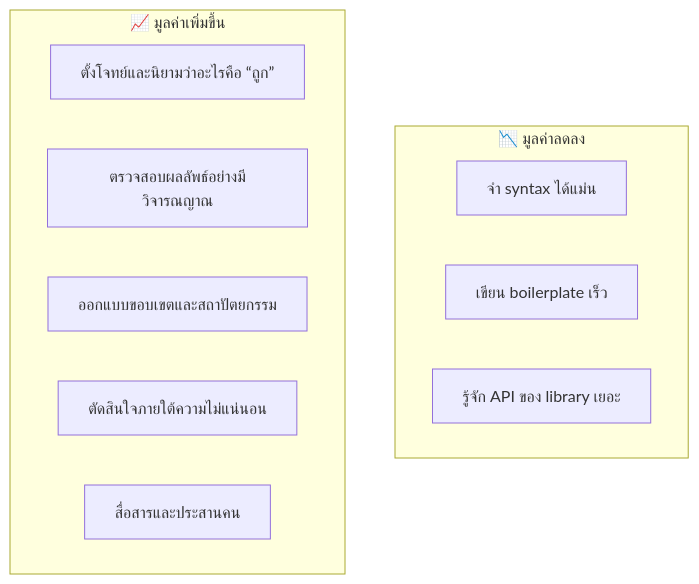
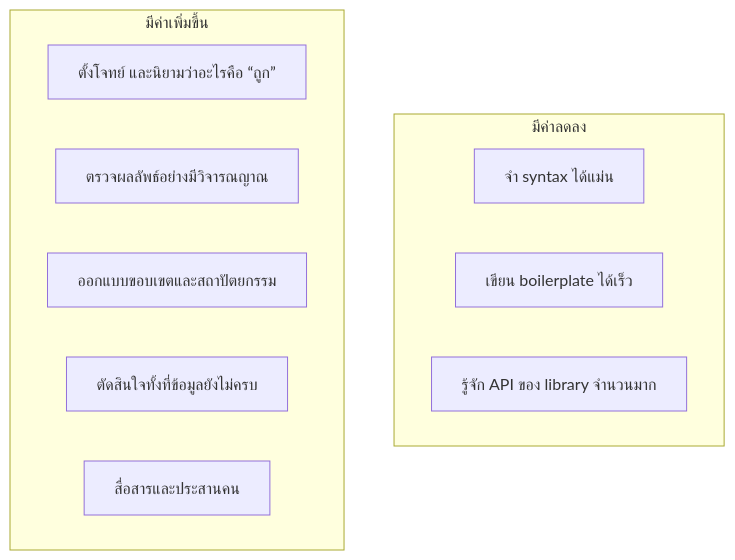
One commit to CE-SDPX/SDPX-AI changed the seventh of 8 diagrams in readings/06-senior-software-engineer.md. Above: the diagram before and after it, drawn with Mermaid. The commit also changed other lines of this file and 6 other files, not shown here.

````diff
--- a/readings/06-senior-software-engineer.md
+++ b/readings/06-senior-software-engineer.md
@@ -299,15 +280,15 @@
 ```mermaid
 flowchart TB
-    subgraph down["📉 มูลค่าลดลง"]
+    subgraph down["มีค่าลดลง"]
         D1["จำ syntax ได้แม่น"]
-        D2["เขียน boilerplate เร็ว"]
-        D3["รู้จัก API ของ library เยอะ"]
+        D2["เขียน boilerplate ได้เร็ว"]
+        D3["รู้จัก API ของ library จำนวนมาก"]
     end
-    subgraph up["📈 มูลค่าเพิ่มขึ้น"]
-        U1["ตั้งโจทย์และนิยามว่าอะไรคือ “ถูก”"]
-        U2["ตรวจสอบผลลัพธ์อย่างมีวิจารณญาณ"]
+    subgraph up["มีค่าเพิ่มขึ้น"]
+        U1["ตั้งโจทย์ และนิยามว่าอะไรคือ “ถูก”"]
+        U2["ตรวจผลลัพธ์อย่างมีวิจารณญาณ"]
         U3["ออกแบบขอบเขตและสถาปัตยกรรม"]
-        U4["ตัดสินใจภายใต้ความไม่แน่นอน"]
+        U4["ตัดสินใจทั้งที่ข้อมูลยังไม่ครบ"]
         U5["สื่อสารและประสานคน"]
     end
 ```
````
